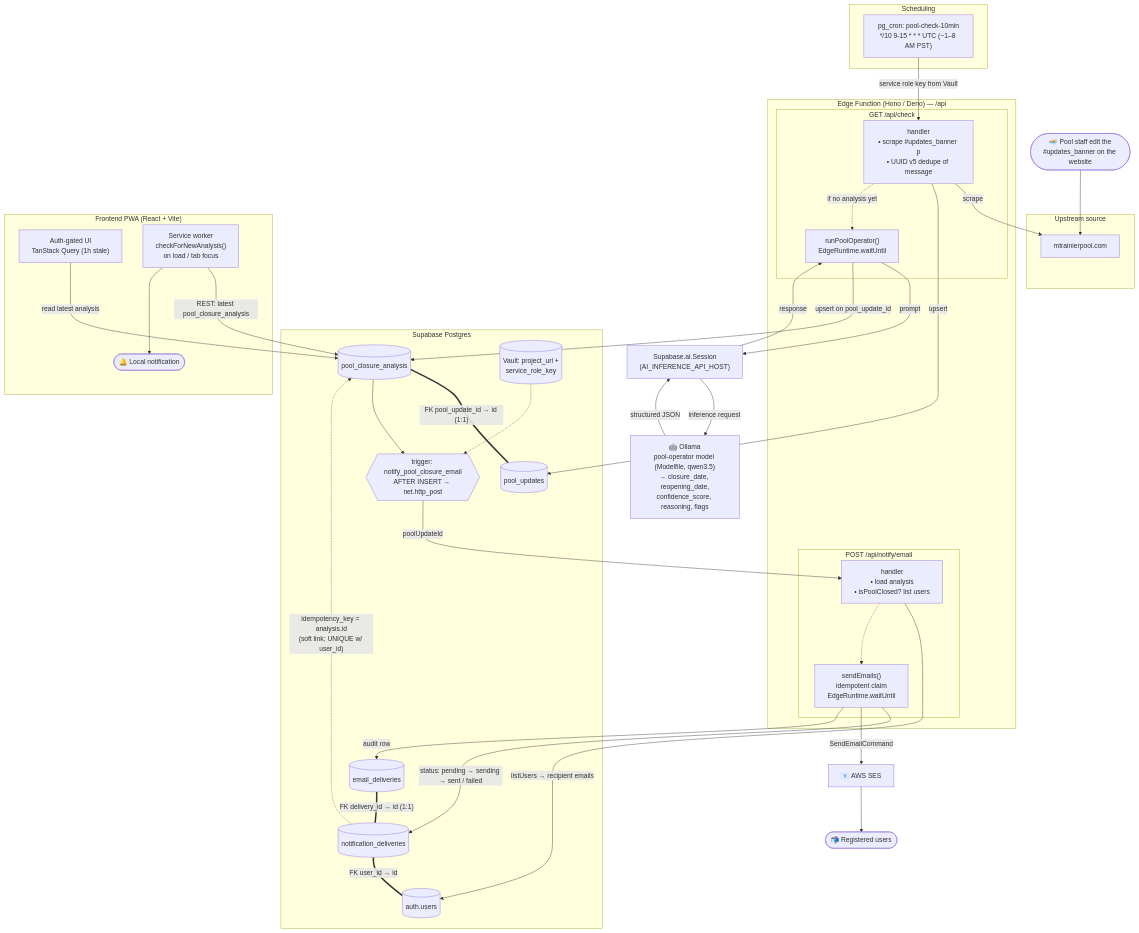
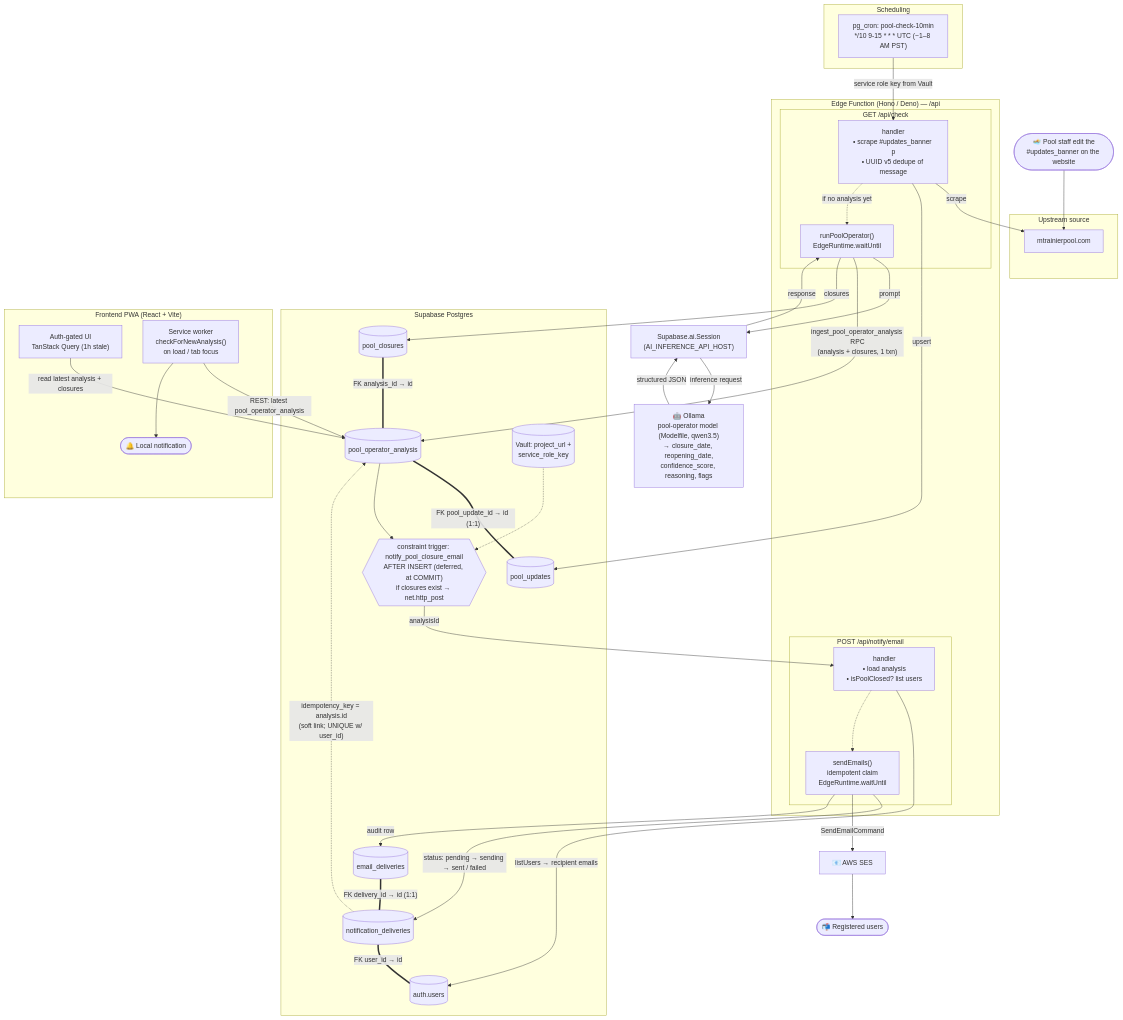
One commit to elGatoMantocko/mtrainierpool-operator changed the diagram in README.md. Above: the diagram before and after it, drawn with Mermaid. The commit also changed other lines of this file and 30 other files, not shown here.

First line of the commit message:
feat: schema updates to handle more complex update messages (#2)

````diff
--- a/README.md
+++ b/README.md
@@ -37,75 +37,78 @@
 ```mermaid
 flowchart TD
     staff(["🏊 Pool staff edit the<br/>#updates_banner on the website"])
 
     subgraph upstream["Upstream source"]
         site["mtrainierpool.com"]
     end
     staff --> site
 
     subgraph schedule["Scheduling"]
         cron["pg_cron: pool-check-10min<br/>*/10 9-15 * * * UTC (~1–8 AM PST)"]
     end
 
     subgraph edge["Edge Function (Hono / Deno) — /api"]
         subgraph checkRoute["GET /api/check"]
             check["handler<br/>• scrape #updates_banner p<br/>• UUID v5 dedupe of message"]
             operator["runPoolOperator()<br/>EdgeRuntime.waitUntil"]
         end
         subgraph notifyRoute["POST /api/notify/email"]
             notify["handler<br/>• load analysis<br/>• isPoolClosed? list users"]
             sendEmails["sendEmails()<br/>idempotent claim<br/>EdgeRuntime.waitUntil"]
         end
     end
 
     ai["Supabase.ai.Session<br/>(AI_INFERENCE_API_HOST)"]
     ollama["🤖 Ollama<br/>pool-operator model (Modelfile, qwen3.5)<br/>→ closure_date, reopening_date,<br/>confidence_score, reasoning, flags"]
 
     subgraph db["Supabase Postgres"]
         authusers[("auth.users")]
         pool_updates[("pool_updates")]
-        analysis[("pool_closure_analysis")]
+        analysis[("pool_operator_analysis")]
+        closures[("pool_closures")]
         deliveries[("notification_deliveries")]
         emails[("email_deliveries")]
-        trigger{{"trigger: notify_pool_closure_email<br/>AFTER INSERT → net.http_post"}}
+        trigger{{"constraint trigger: notify_pool_closure_email<br/>AFTER INSERT (deferred, at COMMIT)<br/>if closures exist → net.http_post"}}
         vault[("Vault: project_url +<br/>service_role_key")]
 
         analysis ===|"FK pool_update_id → id (1:1)"| pool_updates
+        closures ===|"FK analysis_id → id"| analysis
         emails ===|"FK delivery_id → id (1:1)"| deliveries
         deliveries ===|"FK user_id → id"| authusers
         deliveries -.->|"idempotency_key = analysis.id<br/>(soft link; UNIQUE w/ user_id)"| analysis
     end
 
     ses["📧 AWS SES"]
     users(["📬 Registered users"])
 
     subgraph frontend["Frontend PWA (React + Vite)"]
         ui["Auth-gated UI<br/>TanStack Query (1h stale)"]
         sw["Service worker<br/>checkForNewAnalysis()<br/>on load / tab focus"]
         localnotif(["🔔 Local notification"])
     end
 
     cron -->|service role key from Vault| check
     check -->|scrape| site
     check -->|upsert| pool_updates
     check -.->|if no analysis yet| operator
     operator -->|prompt| ai
     ai -->|inference request| ollama
     ollama -->|structured JSON| ai
     ai -->|response| operator
-    operator -->|upsert on pool_update_id| analysis
+    operator -->|"ingest_pool_operator_analysis RPC<br/>(analysis + closures, 1 txn)"| analysis
+    operator -->|closures| closures
 
     analysis --> trigger
     vault -.-> trigger
-    trigger -->|poolUpdateId| notify
+    trigger -->|analysisId| notify
     notify -->|listUsers → recipient emails| authusers
     notify -.-> sendEmails
     sendEmails -->|"status: pending → sending → sent / failed"| deliveries
     sendEmails -->|SendEmailCommand| ses
     sendEmails -->|audit row| emails
     ses --> users
 
-    ui -->|read latest analysis| analysis
-    sw -->|REST: latest pool_closure_analysis| analysis
+    ui -->|read latest analysis + closures| analysis
+    sw -->|REST: latest pool_operator_analysis| analysis
     sw --> localnotif
 ```
````
